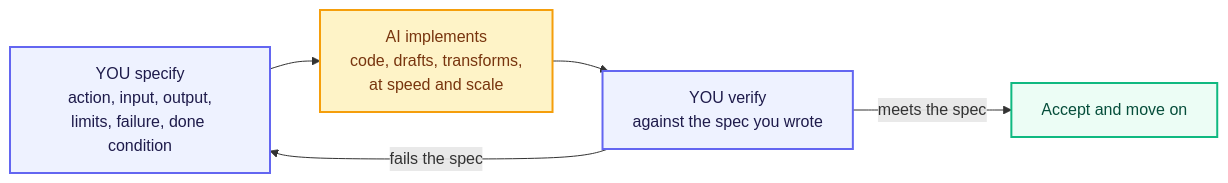
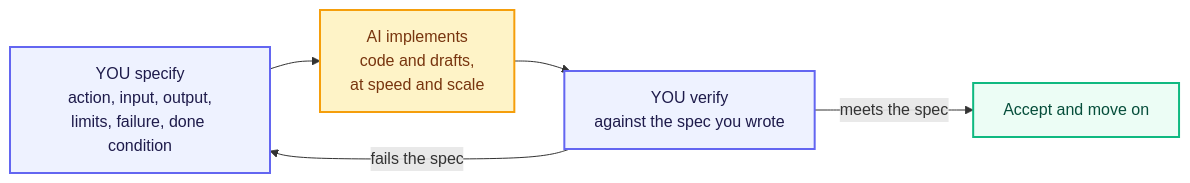
Before and after one commit to VishnuKumpati/Python-foundations: the diagram in modules/m1-computational-thinking/unit-m1-4-specifying-for-ai.md, drawn with Mermaid. The commit also changed other lines of this file, not shown here.

````diff
--- a/modules/m1-computational-thinking/unit-m1-4-specifying-for-ai.md
+++ b/modules/m1-computational-thinking/unit-m1-4-specifying-for-ai.md
@@ -236,15 +149,15 @@
 ```mermaid
 flowchart LR
-    S["YOU specify<br/>action, input, output,<br/>limits, failure, done condition"] --> A["AI implements<br/>code, drafts, transforms,<br/>at speed and scale"]
+    S["YOU specify<br/>action, input, output,<br/>limits, failure, done condition"] --> A["AI implements<br/>code and drafts,<br/>at speed and scale"]
     A --> V["YOU verify<br/>against the spec you wrote"]
     V -->|"meets the spec"| SHIP["Accept and move on"]
     V -->|"fails the spec"| S
 
     classDef human fill:#EEF2FF,stroke:#6366F1,stroke-width:2px,color:#1E1B4B
     classDef machine fill:#FEF3C7,stroke:#F59E0B,stroke-width:2px,color:#78350F
     classDef done fill:#ECFDF5,stroke:#10B981,stroke-width:2px,color:#064E3B
 
     class S,V human
     class A machine
     class SHIP done
 ```
````
